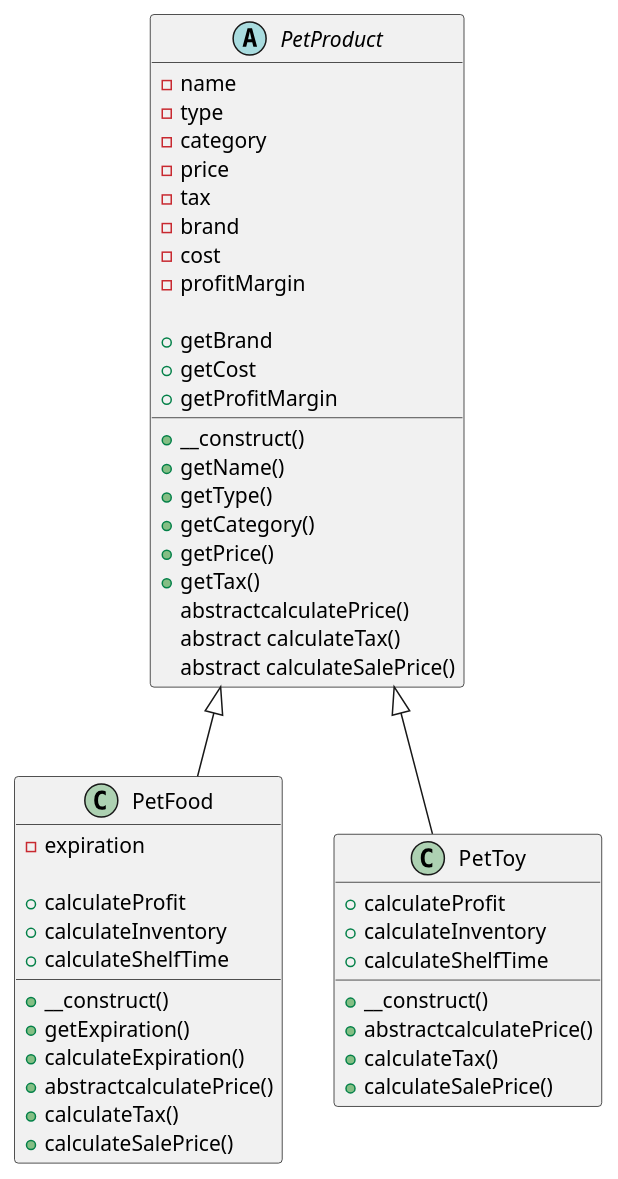
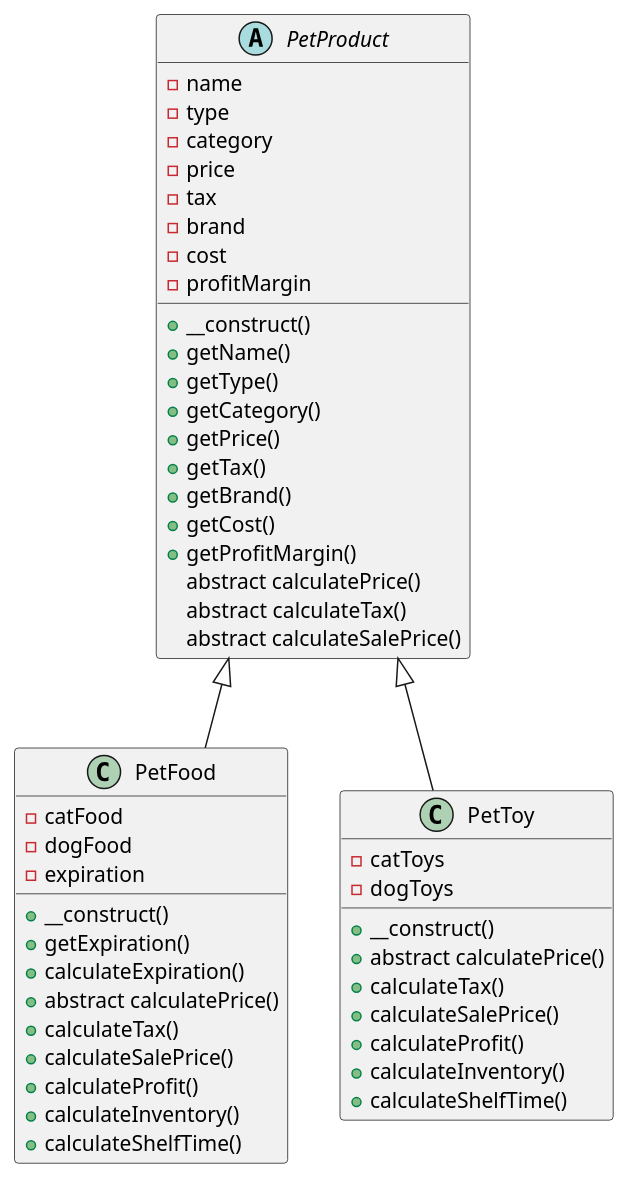
Before and after one commit to aysegulaksu/block3-adv-web: the first of 2 diagrams in project-1/tables.puml, drawn with PlantUML. The commit also changed other lines of this file and 2 other files, not shown here.

```diff
--- a/project-1/tables.puml
+++ b/project-1/tables.puml
@@ -1,52 +2,56 @@
 @startuml
 
 abstract class PetProduct {
   - name
   - type
   - category
   - price
   - tax
-  -brand
-  -cost
-  -profitMargin
+  - brand
+  - cost
+  - profitMargin
 
   + __construct()
   + getName()
   + getType()
   + getCategory()
   + getPrice()
   + getTax()
-  +getBrand
-  +getCost
-  +getProfitMargin
-  abstractcalculatePrice()
+  + getBrand()
+  + getCost()
+  + getProfitMargin()
+  abstract calculatePrice()
   abstract calculateTax()
   abstract calculateSalePrice()
 }
 
 class PetFood extends PetProduct {
+  - catFood
+  - dogFood
   - expiration
 
   + __construct()
   + getExpiration()
   + calculateExpiration()
-  +abstractcalculatePrice()
+  + abstract calculatePrice()
   + calculateTax()
   + calculateSalePrice()
-  + calculateProfit
-  +calculateInventory
-  +calculateShelfTime
+  + calculateProfit()
+  + calculateInventory()
+  + calculateShelfTime()
 }
 
 class PetToy extends PetProduct {
+  - catToys
+  - dogToys
 
   + __construct()
-  +abstractcalculatePrice()
+  + abstract calculatePrice()
   + calculateTax()
   + calculateSalePrice()
-  + calculateProfit
-  +calculateInventory
-  +calculateShelfTime
+  + calculateProfit()
+  + calculateInventory()
+  + calculateShelfTime()
 }
 
 @enduml
```
